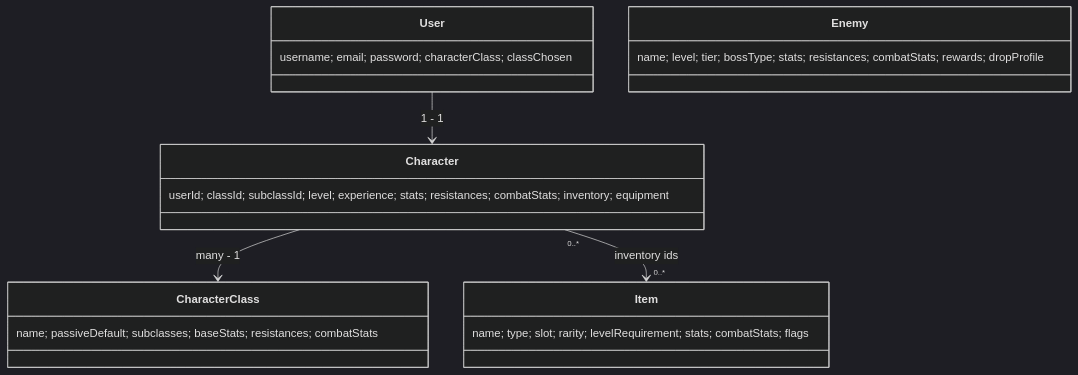
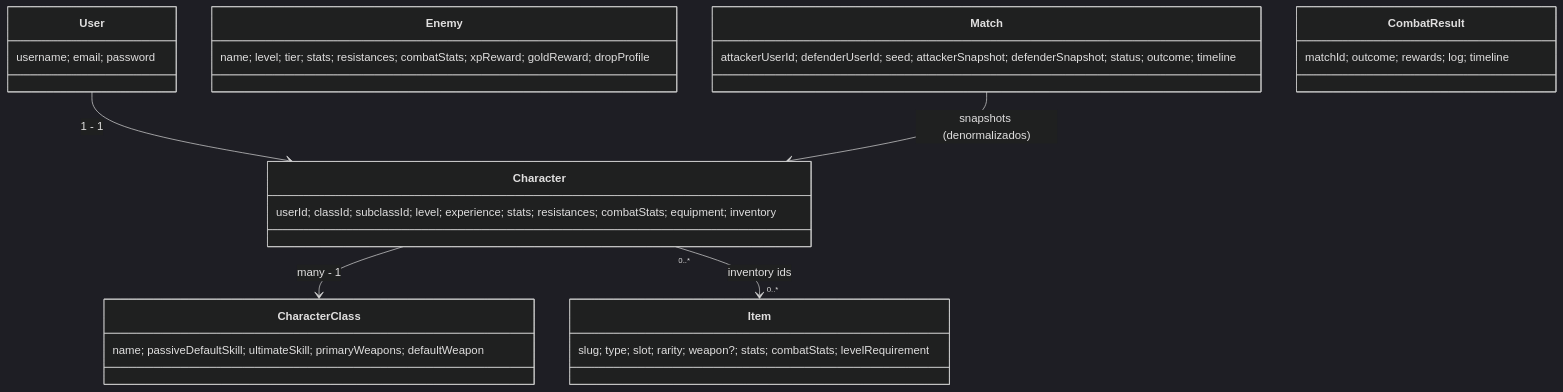
Before and after one commit to PabloDev05/nocthalis-bnd: the second of 2 diagrams in README.md, drawn with Mermaid (dark theme). The commit also changed other lines of this file, not shown here.

````diff
--- a/README.md
+++ b/README.md
@@ -325,12 +167,15 @@
 ```mermaid
 classDiagram
-  class User { username; email; password; characterClass; classChosen }
-  class Character { userId; classId; subclassId; level; experience; stats; resistances; combatStats; inventory; equipment }
-  class CharacterClass { name; passiveDefault; subclasses; baseStats; resistances; combatStats }
-  class Item { name; type; slot; rarity; levelRequirement; stats; combatStats; flags }
-  class Enemy { name; level; tier; bossType; stats; resistances; combatStats; rewards; dropProfile }
+  class User { username; email; password }
+  class Character { userId; classId; subclassId; level; experience; stats; resistances; combatStats; equipment; inventory }
+  class CharacterClass { name; passiveDefaultSkill; ultimateSkill; primaryWeapons; defaultWeapon }
+  class Item { slug; type; slot; rarity; weapon?; stats; combatStats; levelRequirement }
+  class Enemy { name; level; tier; stats; resistances; combatStats; xpReward; goldReward; dropProfile }
+  class Match { attackerUserId; defenderUserId; seed; attackerSnapshot; defenderSnapshot; status; outcome; timeline }
+  class CombatResult { matchId; outcome; rewards; log; timeline }
 
   User --> Character : 1 - 1
   Character --> CharacterClass : many - 1
   Character "0..*" --> "0..*" Item : inventory ids
+  Match --> Character : snapshots (denormalizados)
 ```
````
